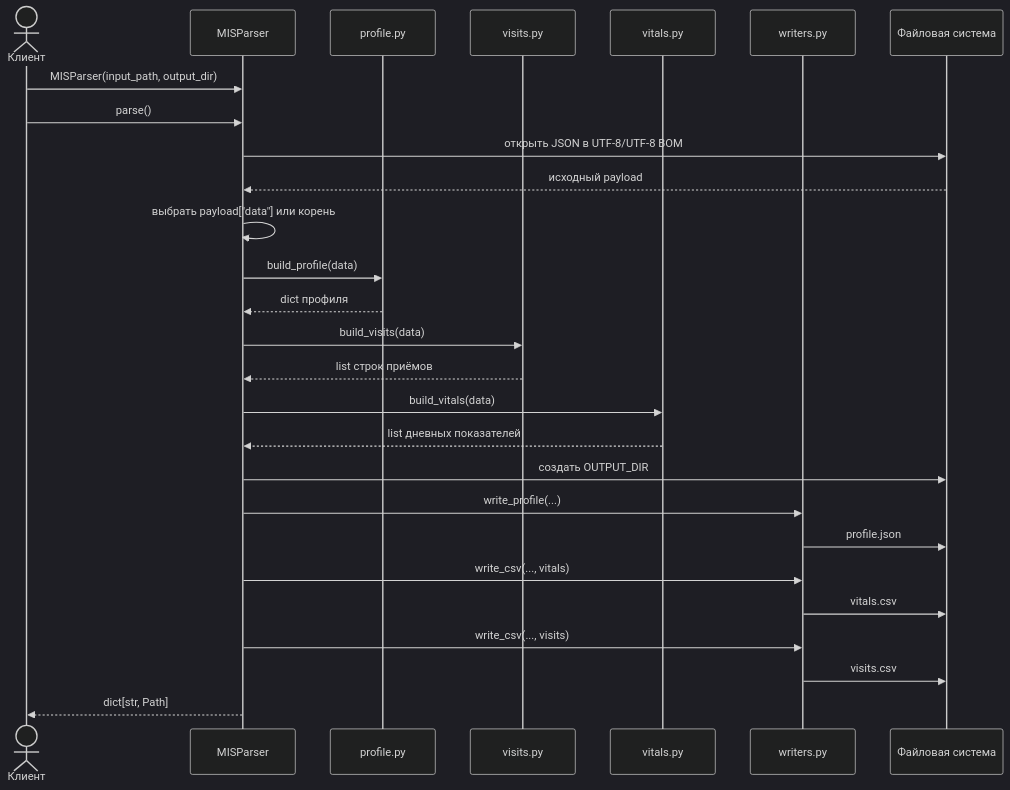
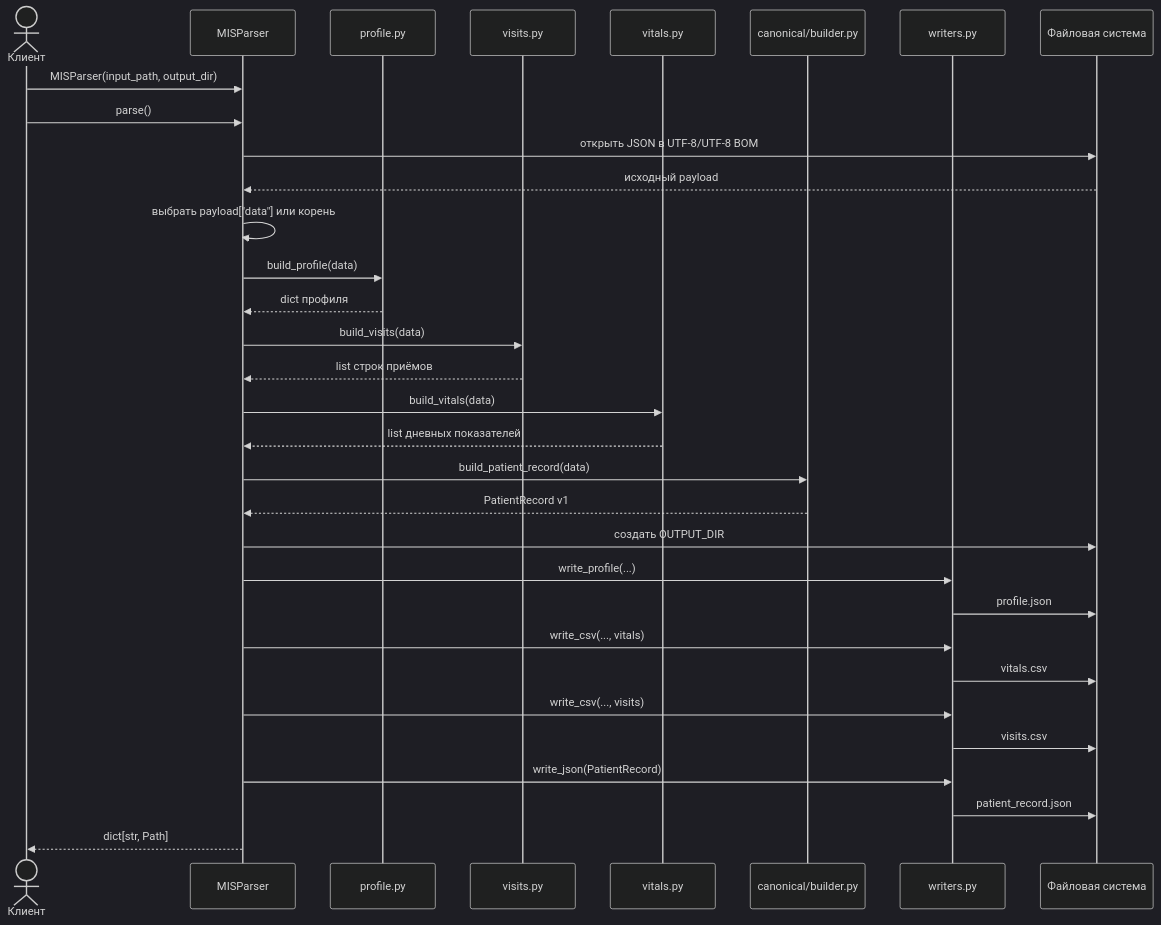
Before and after one commit to rsul07/MISDash: the second of 4 diagrams in docs/parser.md, drawn with Mermaid (dark theme). The commit also changed other lines of this file and 7 other files, not shown here.

Commit message:
feat: emit canonical patient record

````diff
--- a/docs/parser.md
+++ b/docs/parser.md
@@ -79,34 +89,40 @@
 ```mermaid
 sequenceDiagram
     actor Client as Клиент
     participant Parser as MISParser
     participant Profile as profile.py
     participant Visits as visits.py
     participant Vitals as vitals.py
+    participant Canonical as canonical/builder.py
     participant Writers as writers.py
     participant FS as Файловая система
 
     Client->>Parser: MISParser(input_path, output_dir)
     Client->>Parser: parse()
     Parser->>FS: открыть JSON в UTF-8/UTF-8 BOM
     FS-->>Parser: исходный payload
     Parser->>Parser: выбрать payload["data"] или корень
 
     Parser->>Profile: build_profile(data)
     Profile-->>Parser: dict профиля
 
     Parser->>Visits: build_visits(data)
     Visits-->>Parser: list строк приёмов
 
     Parser->>Vitals: build_vitals(data)
     Vitals-->>Parser: list дневных показателей
 
+    Parser->>Canonical: build_patient_record(data)
+    Canonical-->>Parser: PatientRecord v1
+
     Parser->>FS: создать OUTPUT_DIR
     Parser->>Writers: write_profile(...)
     Writers->>FS: profile.json
     Parser->>Writers: write_csv(..., vitals)
     Writers->>FS: vitals.csv
     Parser->>Writers: write_csv(..., visits)
     Writers->>FS: visits.csv
+    Parser->>Writers: write_json(PatientRecord)
+    Writers->>FS: patient_record.json
     Parser-->>Client: dict[str, Path]
 ```
````
